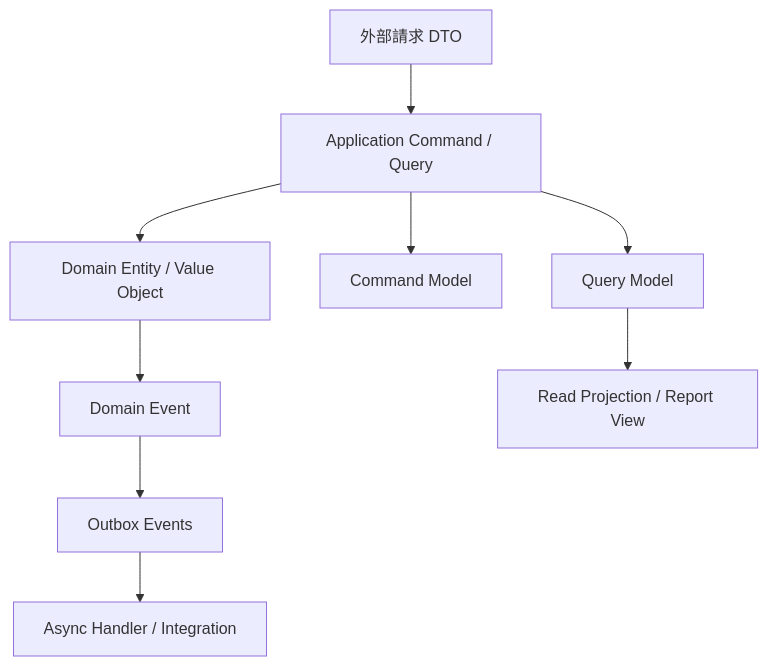
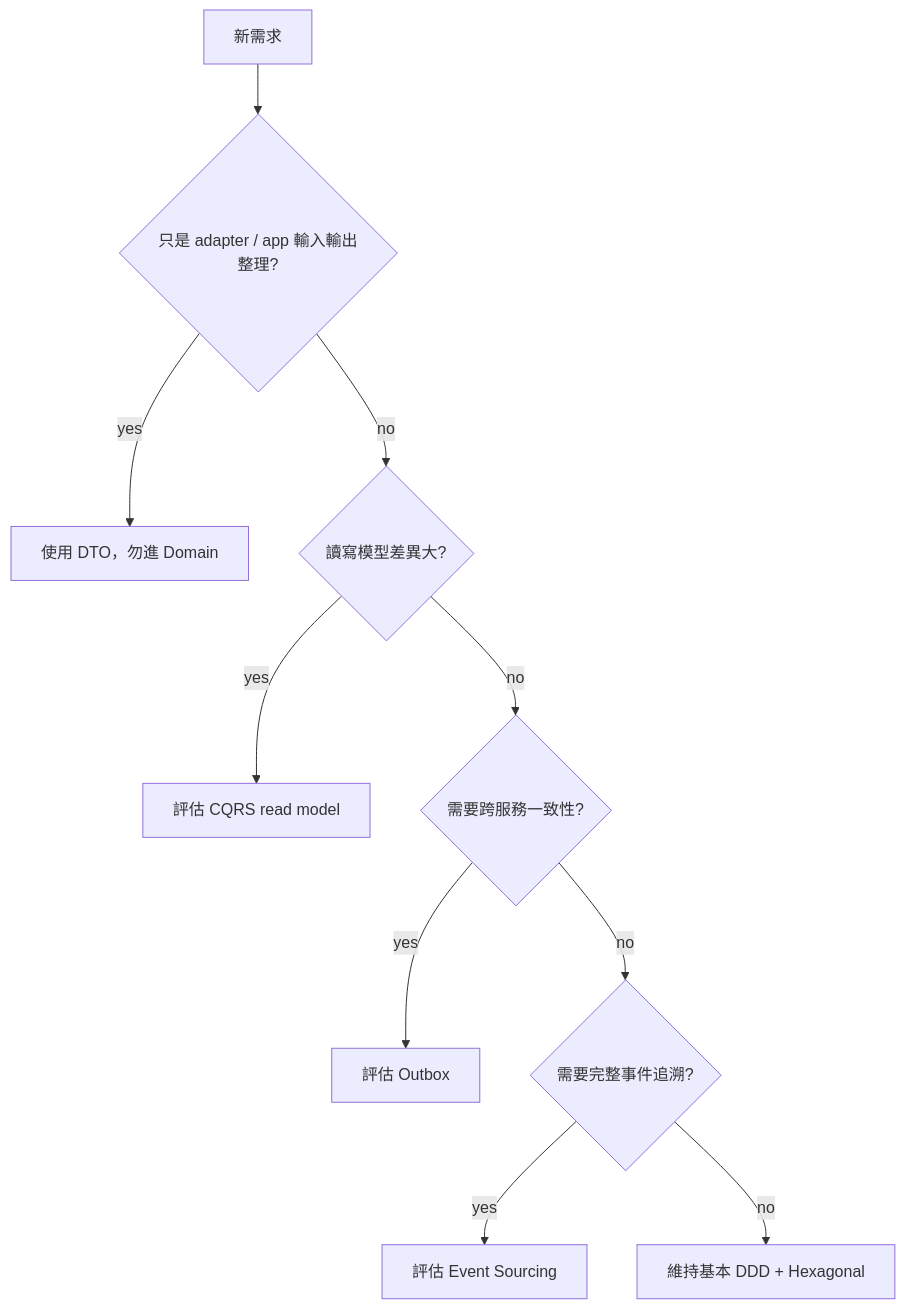
One commit to 369sup/worksync-hr changed the diagram in docs/01-architecture/advanced-patterns.md. Above: the diagram before and after it, drawn with Mermaid. The commit also changed other lines of this file and 39 other files, not shown here.

Commit message:
docs: strengthen architecture and process docs

````diff
--- a/docs/01-architecture/advanced-patterns.md
+++ b/docs/01-architecture/advanced-patterns.md
@@ -7,11 +7,12 @@
 ```mermaid
 flowchart TD
-  DTO[外部請求 DTO] --> APP[Application Command / Query]
-  APP --> DOMAIN[Domain Entity / Value Object]
-  DOMAIN --> EVENT[Domain Event]
-  EVENT --> OUTBOX[Outbox Events]
-  OUTBOX --> ASYNC[Async Handler / Integration]
-  APP --> CMD[Command Model]
-  APP --> QUERY[Query Model]
-  QUERY --> READ[Read Projection / Report View]
+  NEED[新需求] --> DTO{只是 adapter / app 輸入輸出整理?}
+  DTO -- yes --> DTOOK[使用 DTO，勿進 Domain]
+  DTO -- no --> CQRS{讀寫模型差異大?}
+  CQRS -- yes --> CQRSOK[評估 CQRS read model]
+  CQRS -- no --> OUTBOX{需要跨服務一致性?}
+  OUTBOX -- yes --> OUTBOXOK[評估 Outbox]
+  OUTBOX -- no --> ES{需要完整事件追溯?}
+  ES -- yes --> ESOK[評估 Event Sourcing]
+  ES -- no --> SIMPLE[維持基本 DDD + Hexagonal]
 ```
````
